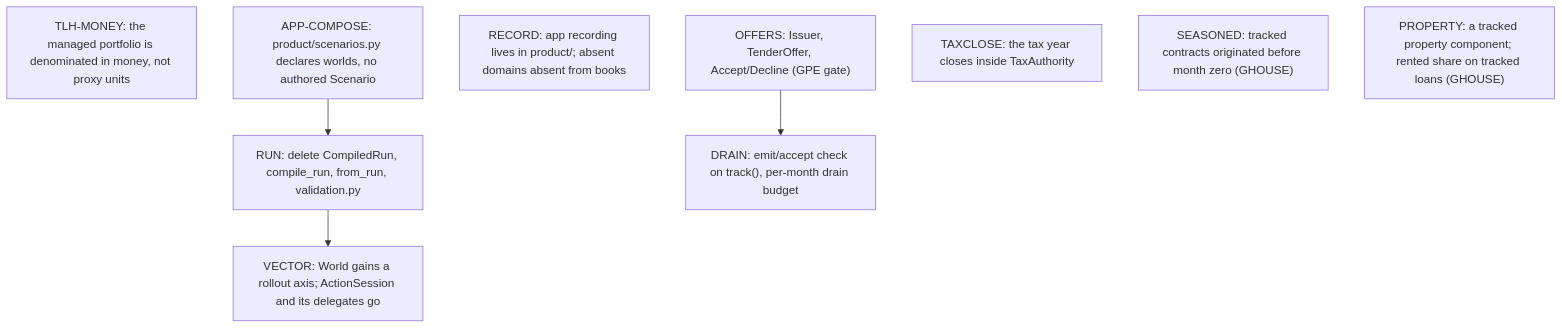
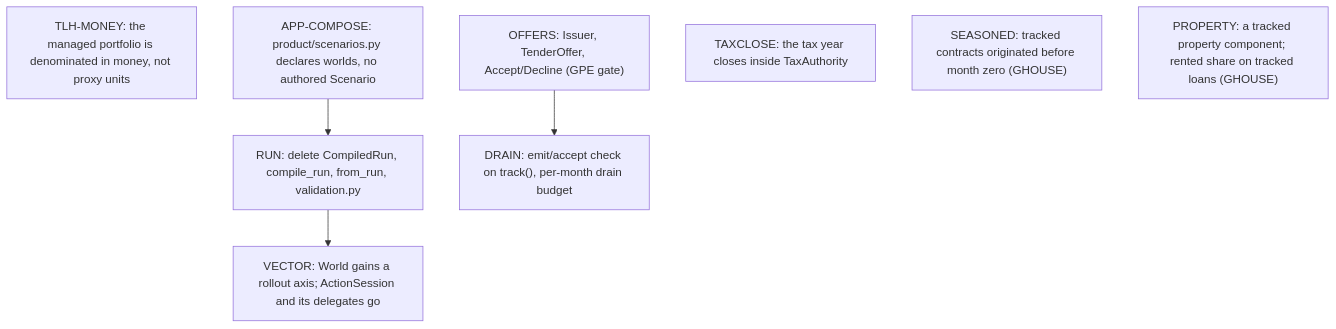
One commit to agentydragon/ducktape changed the diagram in finance/augur/plans/library_design_gates.md. Above: the diagram before and after it, drawn with Mermaid. The commit also changed other lines of this file and 38 other files, not shown here.

First line of the commit message:
augur: the app's recording lives in product/; absent domains are absent from the books (#7990)

````diff
--- a/finance/augur/plans/library_design_gates.md
+++ b/finance/augur/plans/library_design_gates.md
@@ -253,16 +255,15 @@
 ```mermaid
 graph TD
     TLH_MONEY["TLH-MONEY: the managed portfolio is denominated in money, not proxy units"]
     APP_COMPOSE["APP-COMPOSE: product/scenarios.py declares worlds, no authored Scenario"]
     RUN_GONE["RUN: delete CompiledRun, compile_run, from_run, validation.py"]
-    RECORD["RECORD: app recording lives in product/; absent domains absent from books"]
     OFFERS["OFFERS: Issuer, TenderOffer, Accept/Decline (GPE gate)"]
     DRAIN["DRAIN: emit/accept check on track(), per-month drain budget"]
     TAXCLOSE["TAXCLOSE: the tax year closes inside TaxAuthority"]
     SEASONED["SEASONED: tracked contracts originated before month zero (GHOUSE)"]
     PROPERTY["PROPERTY: a tracked property component; rented share on tracked loans (GHOUSE)"]
     VECTOR["VECTOR: World gains a rollout axis; ActionSession and its delegates go"]
     APP_COMPOSE --> RUN_GONE
     OFFERS --> DRAIN
     RUN_GONE --> VECTOR
 ```
````
